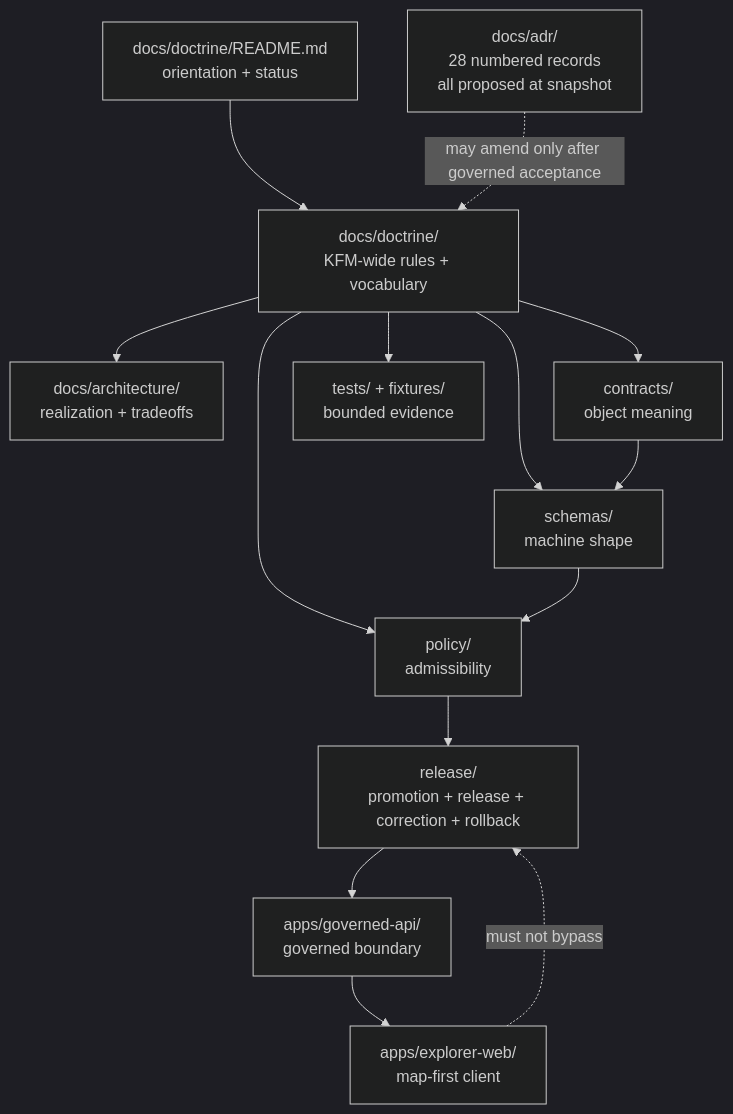
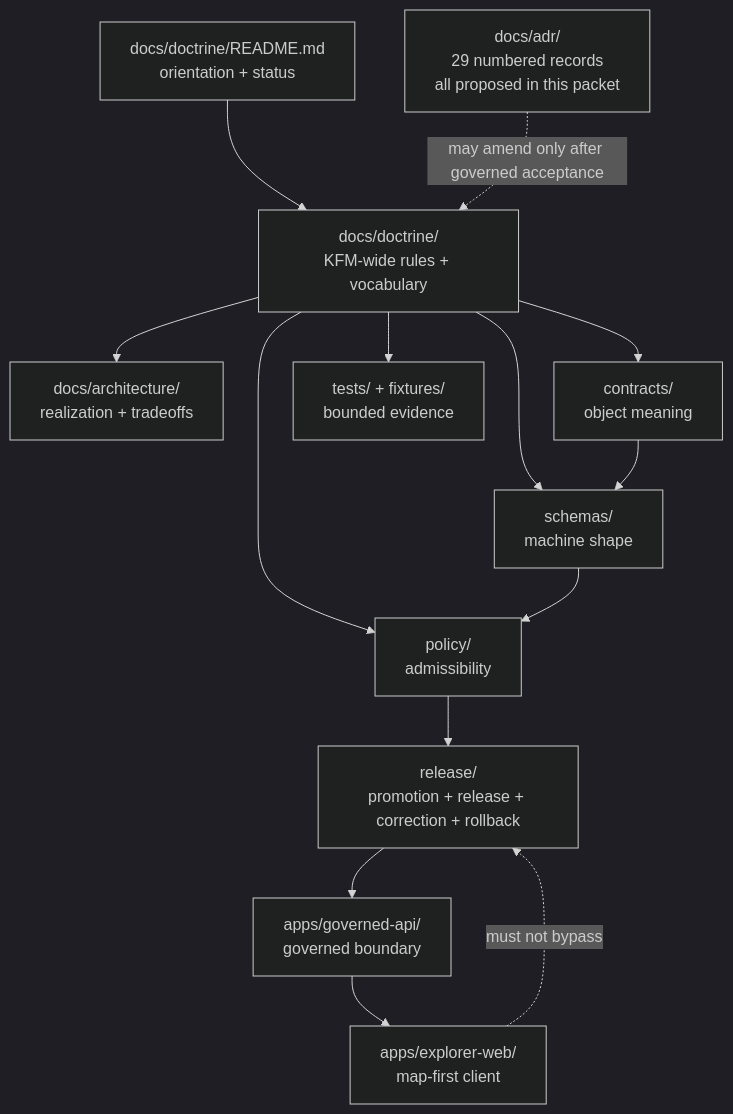
The diagram in docs/doctrine/README.md (bartytime4life/Kansas-Frontier-Matrix), drawn with Mermaid (dark theme) before and after one commit. The commit also changed other lines of this file, not shown here.

Commit message:
docs: surface proposed v2 ratification state

````diff
--- a/docs/doctrine/README.md
+++ b/docs/doctrine/README.md
@@ -287,16 +287,16 @@
 ```mermaid
 flowchart TD
     README["docs/doctrine/README.md<br/>orientation + status"] --> DOCTRINE["docs/doctrine/<br/>KFM-wide rules + vocabulary"]
-    ADR["docs/adr/<br/>28 numbered records<br/>all proposed at snapshot"] -. "may amend only after governed acceptance" .-> DOCTRINE
+    ADR["docs/adr/<br/>29 numbered records<br/>all proposed in this packet"] -. "may amend only after governed acceptance" .-> DOCTRINE
     DOCTRINE --> ARCH["docs/architecture/<br/>realization + tradeoffs"]
     DOCTRINE --> CONTRACTS["contracts/<br/>object meaning"]
     DOCTRINE --> SCHEMAS["schemas/<br/>machine shape"]
     DOCTRINE --> POLICY["policy/<br/>admissibility"]
     DOCTRINE --> TESTS["tests/ + fixtures/<br/>bounded evidence"]
     CONTRACTS --> SCHEMAS
     SCHEMAS --> POLICY
     POLICY --> RELEASE["release/<br/>promotion + release + correction + rollback"]
     RELEASE --> API["apps/governed-api/<br/>governed boundary"]
     API --> UI["apps/explorer-web/<br/>map-first client"]
     UI -. "must not bypass" .-> RELEASE
 ```
````
